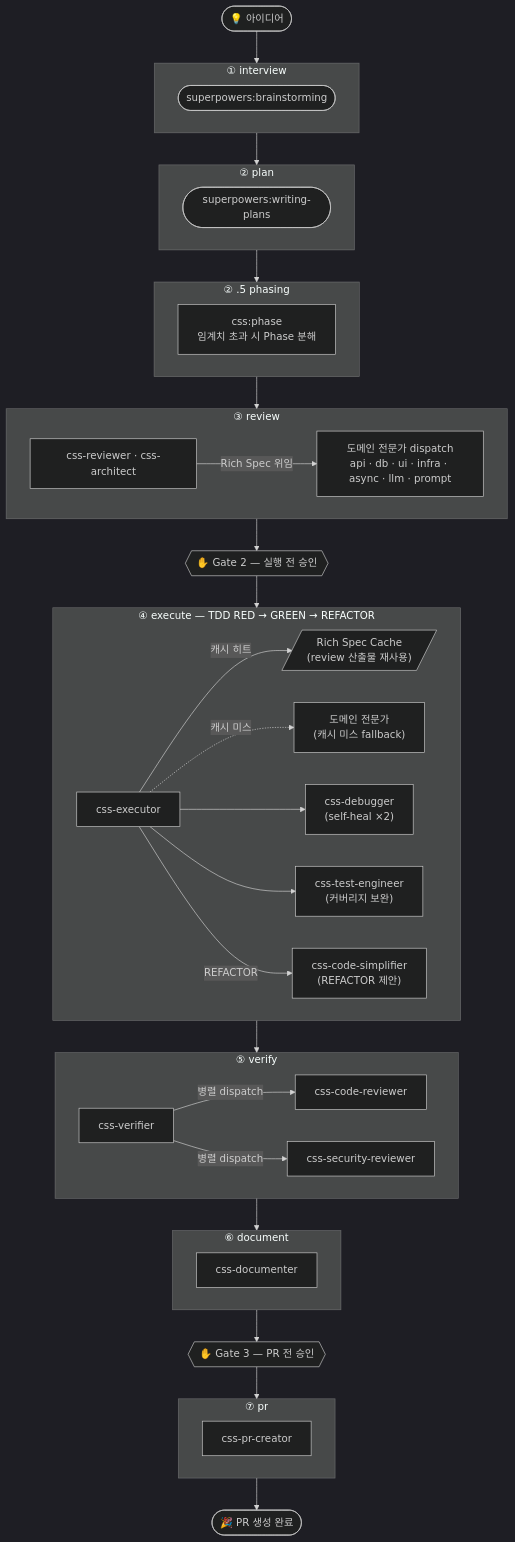
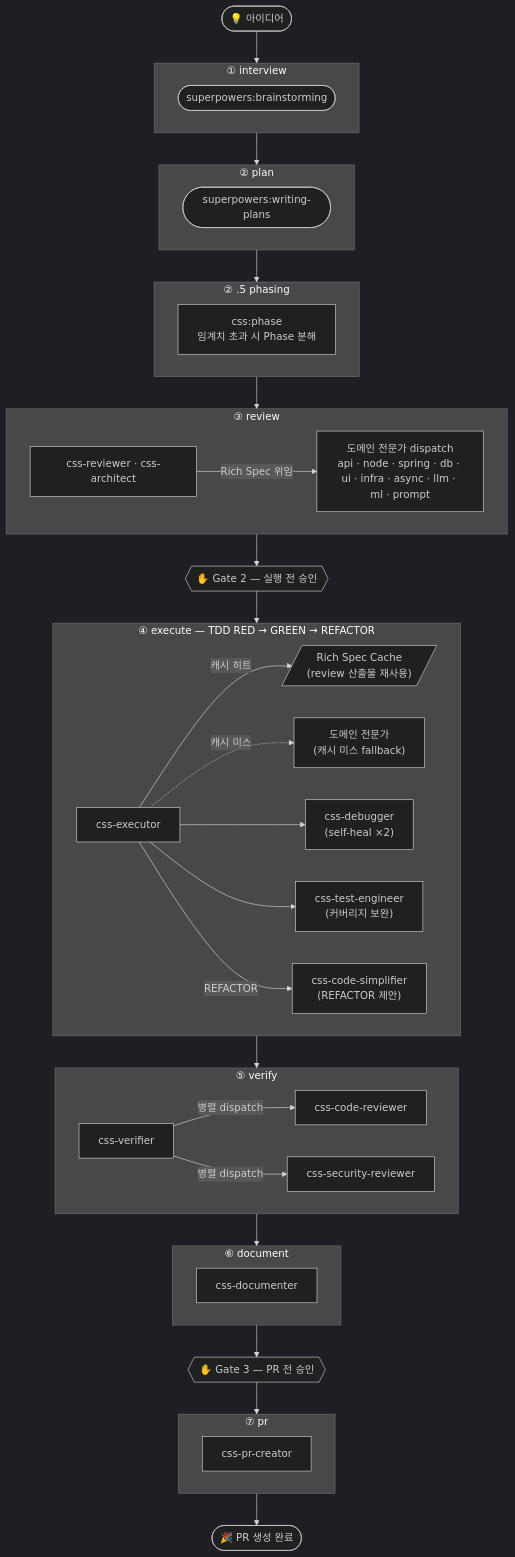
One commit to songsub-cha/css-claude changed the diagram in README.md. Above: the diagram before and after it, drawn with Mermaid (dark theme). The commit also changed other lines of this file and 1 other file, not shown here.

````diff
--- a/README.md
+++ b/README.md
@@ -23,60 +23,60 @@
 ```mermaid
 flowchart TD
     START([💡 아이디어])
 
     subgraph S1["① interview"]
         I1(["superpowers:brainstorming"])
     end
 
     subgraph S2["② plan"]
         P1(["superpowers:writing-plans"])
     end
 
     subgraph S25["② .5 phasing"]
         PH1["css:phase\n임계치 초과 시 Phase 분해"]
     end
 
     subgraph S3["③ review"]
         R1["css-reviewer · css-architect"]
-        R2["도메인 전문가 dispatch\napi · db · ui · infra · async · llm · prompt"]
+        R2["도메인 전문가 dispatch\napi · node · spring · db · ui · infra · async · llm · ml · prompt"]
         R1 -->|Rich Spec 위임| R2
     end
 
     GATE2{{"✋ Gate 2 — 실행 전 승인"}}
 
     subgraph S4["④ execute — TDD RED → GREEN → REFACTOR"]
         E1["css-executor"]
         E2[/"Rich Spec Cache\n(review 산출물 재사용)"/]
         E3["도메인 전문가\n(캐시 미스 fallback)"]
         E4["css-debugger\n(self-heal ×2)"]
         E5["css-test-engineer\n(커버리지 보완)"]
         E6["css-code-simplifier\n(REFACTOR 제안)"]
         E1 -->|캐시 히트| E2
         E1 -.->|캐시 미스| E3
         E1 --> E4
         E1 --> E5
         E1 -->|REFACTOR| E6
     end
 
     subgraph S5["⑤ verify"]
         V1["css-verifier"]
         V2["css-code-reviewer"]
         V3["css-security-reviewer"]
         V1 -->|병렬 dispatch| V2
         V1 -->|병렬 dispatch| V3
     end
 
     subgraph S6["⑥ document"]
         D1["css-documenter"]
     end
 
     GATE3{{"✋ Gate 3 — PR 전 승인"}}
 
     subgraph S7["⑦ pr"]
         PR1["css-pr-creator"]
     end
 
     END([🎉 PR 생성 완료])
 
     START --> S1 --> S2 --> S25 --> S3 --> GATE2 --> S4 --> S5 --> S6 --> GATE3 --> S7 --> END
 ```
````
